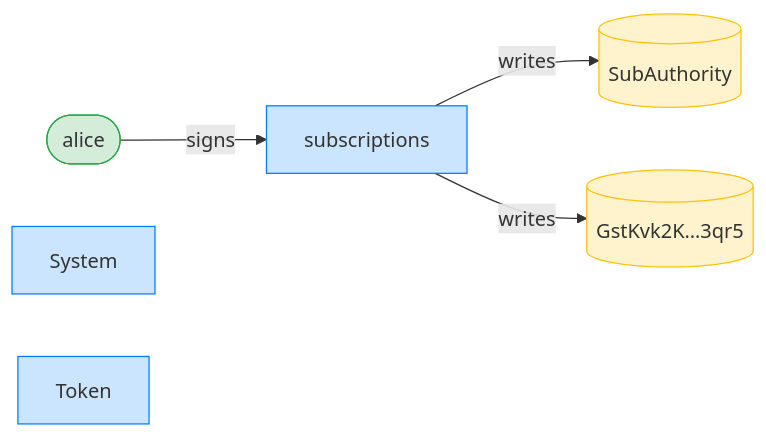
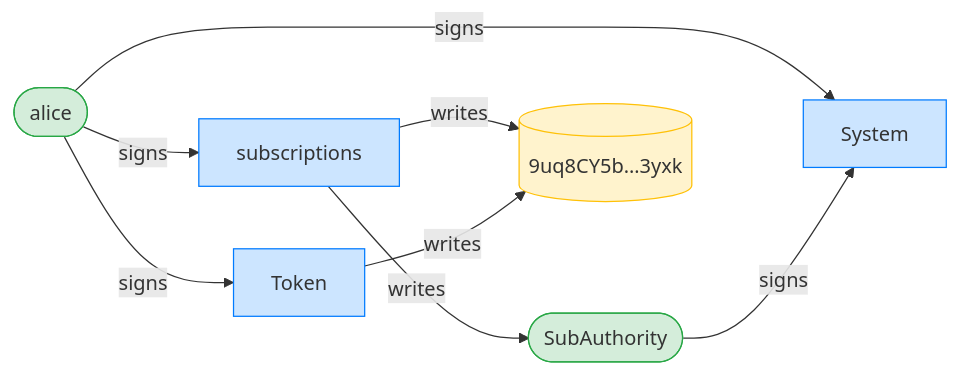
The third of 20 diagrams in dsl_tests/resume-a-subscription--happy-path-.md (cds-rs/subscriptions), drawn with Mermaid before and after one commit. The commit also changed other lines of this file and 224 other files, not shown here.

````diff
--- a/dsl_tests/resume-a-subscription--happy-path-.md
+++ b/dsl_tests/resume-a-subscription--happy-path-.md
@@ -55,15 +56,19 @@
 ```mermaid
 flowchart LR
     classDef signer fill:#d4edda,stroke:#28a745;
     classDef program fill:#cce5ff,stroke:#007bff;
     classDef writable fill:#fff3cd,stroke:#ffc107;
     subscriptions[subscriptions]:::program
     alice([alice]):::signer
-    SubAuthority[(SubAuthority)]:::writable
-    GstKvk2K_3qr5[("GstKvk2K…3qr5")]:::writable
+    SubAuthority([SubAuthority]):::signer
+    9uq8CY5b_3yxk[("9uq8CY5b…3yxk")]:::writable
     System[System]:::program
     Token[Token]:::program
     alice -->|signs| subscriptions
+    alice -->|signs| System
+    SubAuthority -->|signs| System
+    alice -->|signs| Token
     subscriptions -->|writes| SubAuthority
-    subscriptions -->|writes| GstKvk2K_3qr5
+    subscriptions -->|writes| 9uq8CY5b_3yxk
+    Token -->|writes| 9uq8CY5b_3yxk
 ```
````
